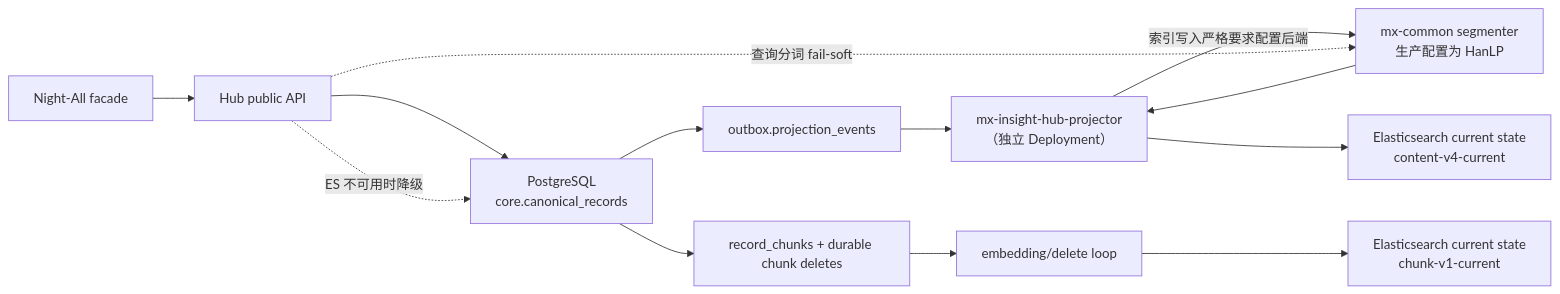
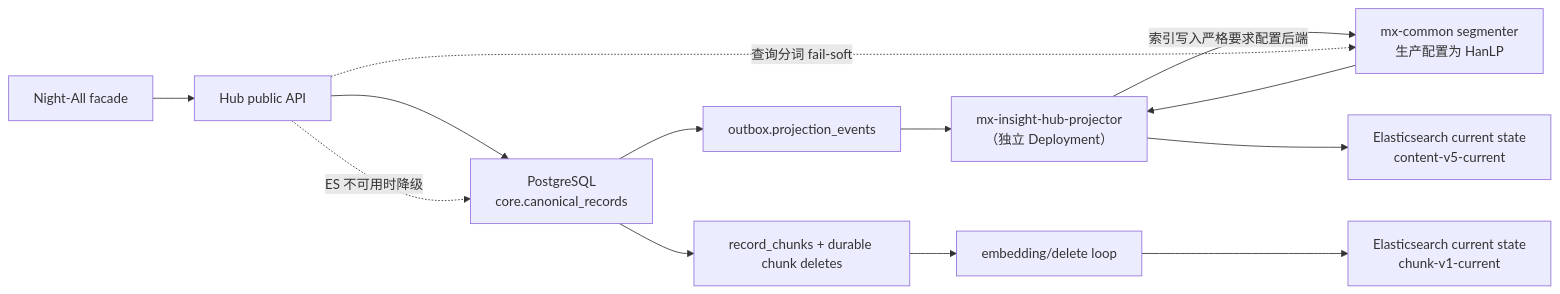
Before and after one commit to qpjoy/de-llaaddddeerr: the diagram in electron-dock/mx-insight-hub/docs/architecture/shared-data-plane-and-search.md, drawn with Mermaid. The commit also changed other lines of this file and 35 other files, not shown here.

````diff
--- a/electron-dock/mx-insight-hub/docs/architecture/shared-data-plane-and-search.md
+++ b/electron-dock/mx-insight-hub/docs/architecture/shared-data-plane-and-search.md
@@ -11,15 +11,15 @@
 ```mermaid
 flowchart LR
   NA["Night-All facade"] --> API["Hub public API"]
   API --> PG["PostgreSQL\ncore.canonical_records"]
   PG --> OB["outbox.projection_events"]
   OB --> PJ["mx-insight-hub-projector\n（独立 Deployment）"]
   PJ -->|"索引写入严格要求配置后端"| SEG["mx-common segmenter\n生产配置为 HanLP"]
   SEG --> PJ
-  PJ --> ES1["Elasticsearch current state\ncontent-v4-current"]
+  PJ --> ES1["Elasticsearch current state\ncontent-v5-current"]
   PG --> CH["record_chunks + durable chunk deletes"]
   CH --> EP["embedding/delete loop"]
   EP --> ES2["Elasticsearch current state\nchunk-v1-current"]
   API -. "查询分词 fail-soft" .-> SEG
   API -. "ES 不可用时降级" .-> PG
 ```
````
